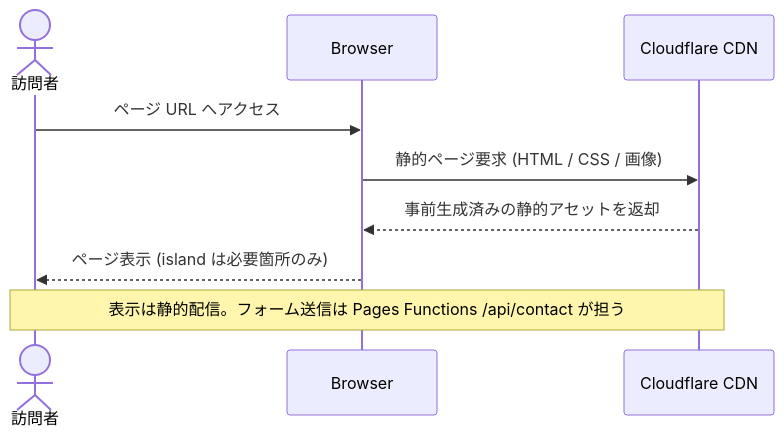
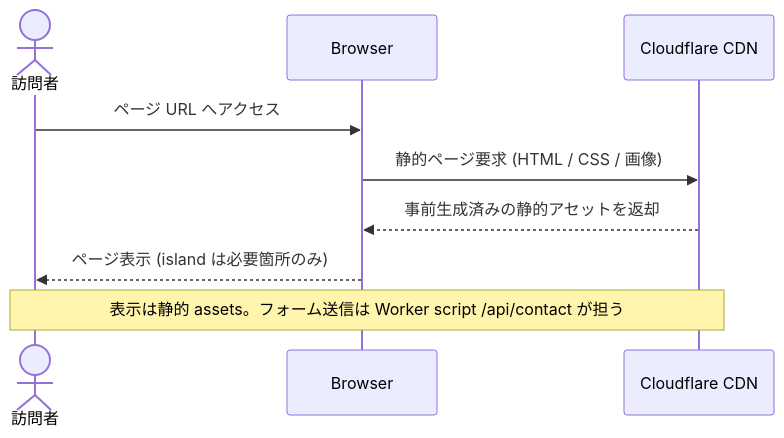
Before and after one commit to Fukuemon/kufu-apps: the fifth of 5 diagrams in design/features/corporate-site/DesignDoc_corporate-site.md, drawn with Mermaid. The commit also changed other lines of this file and 8 other files, not shown here.

First line of the commit message:
docs(adr): 配信基盤を Pages から Workers static assets へ移す #47

````diff
--- a/design/features/corporate-site/DesignDoc_corporate-site.md
+++ b/design/features/corporate-site/DesignDoc_corporate-site.md
@@ -337,12 +338,12 @@
 ```mermaid
 sequenceDiagram
     actor User as 訪問者
     participant Browser as Browser
     participant CDN as Cloudflare CDN
 
     User->>Browser: ページ URL へアクセス
     Browser->>CDN: 静的ページ要求 (HTML / CSS / 画像)
     CDN-->>Browser: 事前生成済みの静的アセットを返却
     Browser-->>User: ページ表示 (island は必要箇所のみ)
-    Note over User,CDN: 表示は静的配信。フォーム送信は Pages Functions /api/contact が担う
+    Note over User,CDN: 表示は静的 assets。フォーム送信は Worker script /api/contact が担う
 ```
````
